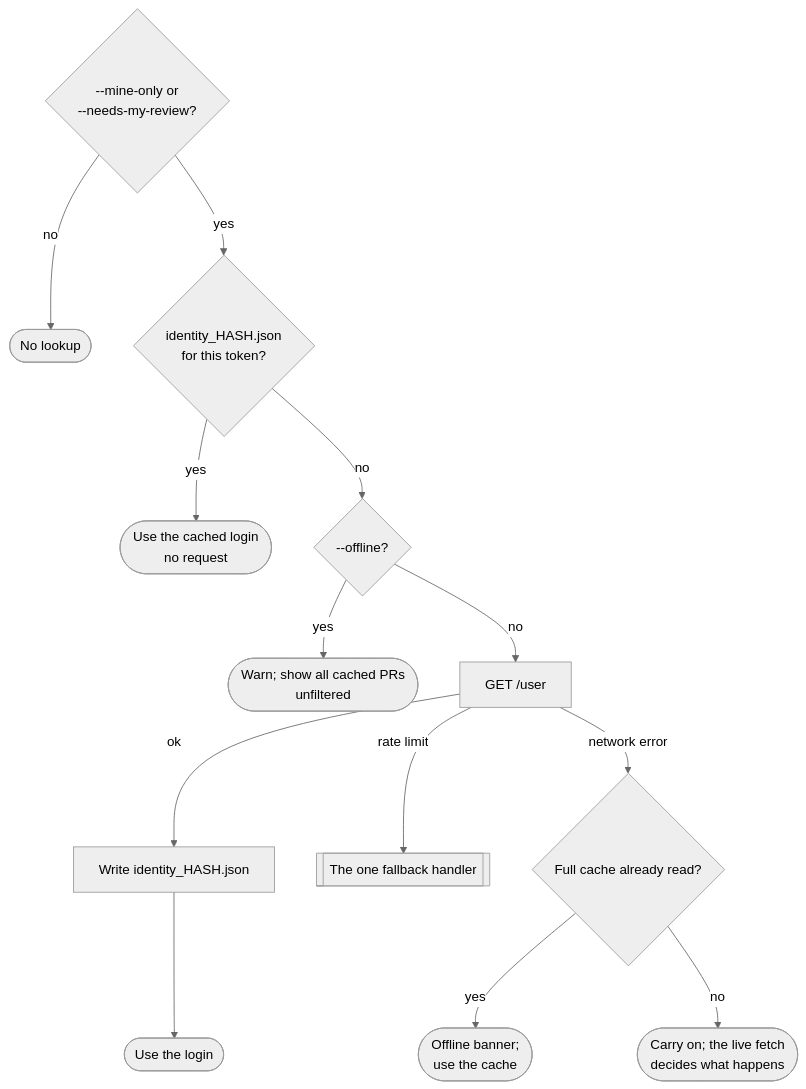
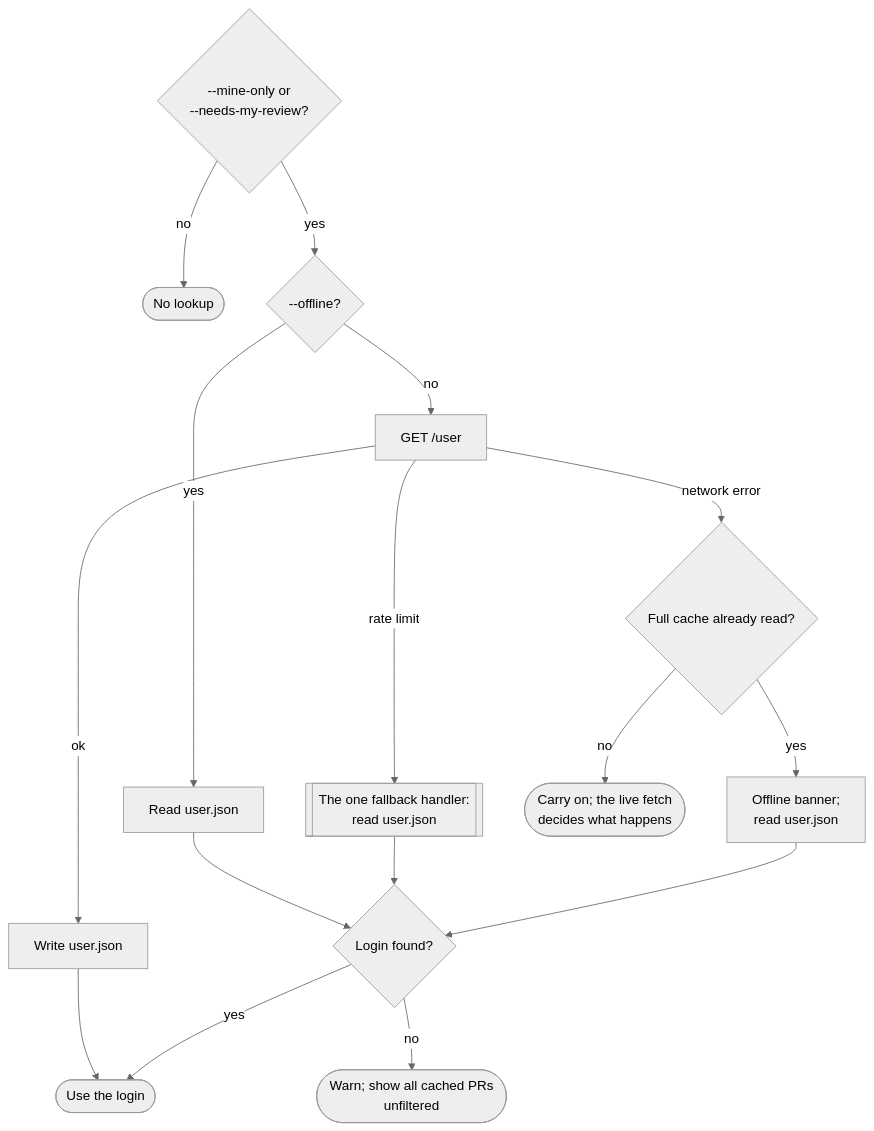
One commit to mrsixw/breakfast changed the third of 3 diagrams in docs/design/rate-limit-fallback.md. Above: the diagram before and after it, drawn with Mermaid (neutral theme). The commit also changed other lines of this file and 6 other files, not shown here.

First line of the commit message:
refactor: keep the single user.json login cache

````diff
--- a/docs/design/rate-limit-fallback.md
+++ b/docs/design/rate-limit-fallback.md
@@ -212,14 +207,15 @@
 ```mermaid
 flowchart TD
     need{"--mine-only or<br/>--needs-my-review?"} -->|no| skip(["No lookup"])
-    need -->|yes| file{"identity_HASH.json<br/>for this token?"}
-    file -->|yes| use(["Use the cached login<br/>no request"])
-    file -->|no| isOffline{"--offline?"}
-    isOffline -->|yes| warn(["Warn; show all cached PRs<br/>unfiltered"])
+    need -->|yes| isOffline{"--offline?"}
+    isOffline -->|yes| read1["Read user.json"]
     isOffline -->|no| ask["GET /user"]
-    ask -->|ok| save["Write identity_HASH.json"] --> use2(["Use the login"])
-    ask -->|rate limit| fb[["The one fallback handler"]]
+    ask -->|ok| save["Write user.json"] --> use(["Use the login"])
+    ask -->|rate limit| fb[["The one fallback handler:<br/>read user.json"]]
     ask -->|network error| net{"Full cache already read?"}
-    net -->|yes| offlineBanner(["Offline banner;<br/>use the cache"])
+    net -->|yes| read2["Offline banner;<br/>read user.json"]
     net -->|no| carryOn(["Carry on; the live fetch<br/>decides what happens"])
+    read1 & fb & read2 --> found{"Login found?"}
+    found -->|yes| use
+    found -->|no| warn(["Warn; show all cached PRs<br/>unfiltered"])
 ```
````
